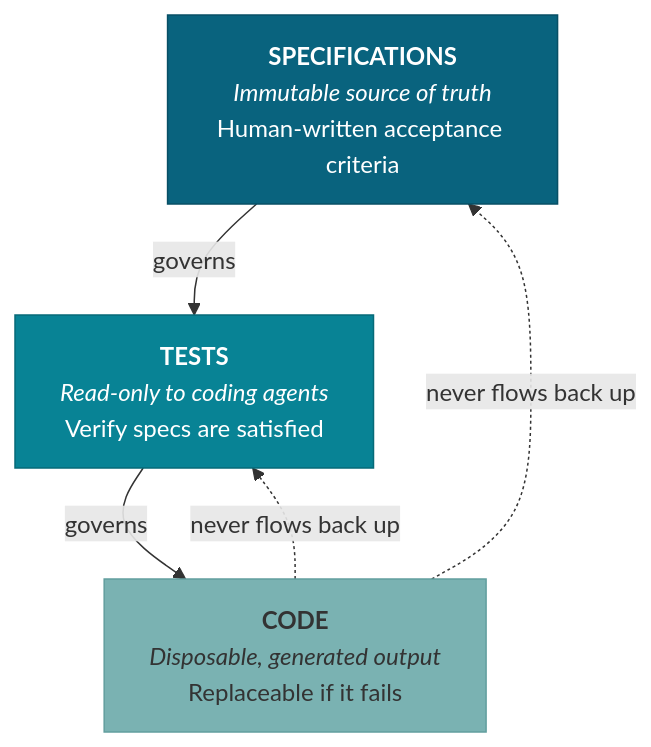
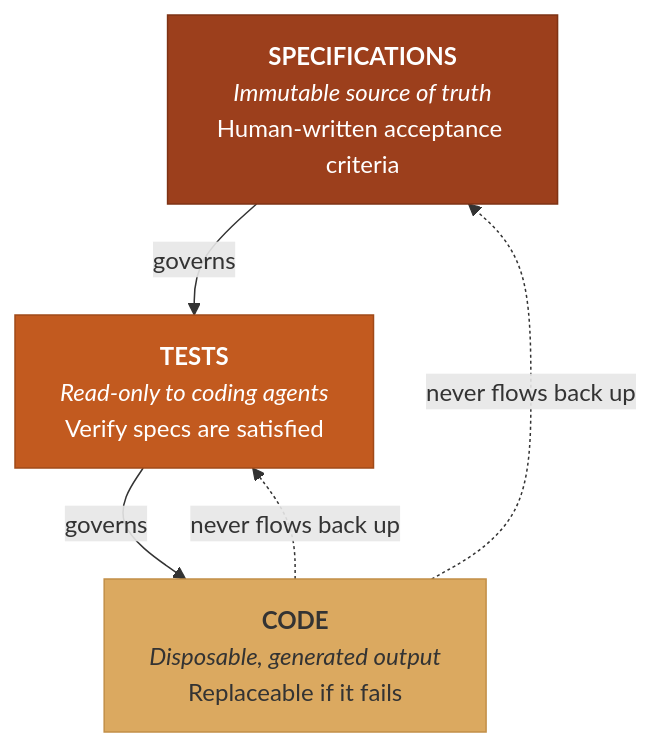
Before and after one commit to iamsteveholmes/momentum: the first of 4 diagrams in docs/philosophy.md, drawn with Mermaid. The commit also changed other lines of this file and 4 other files, not shown here.

````diff
--- a/docs/philosophy.md
+++ b/docs/philosophy.md
@@ -17,15 +17,15 @@
 ```mermaid
 graph TD
     S["<b>SPECIFICATIONS</b><br/><i>Immutable source of truth</i><br/>Human-written acceptance criteria"]
     T["<b>TESTS</b><br/><i>Read-only to coding agents</i><br/>Verify specs are satisfied"]
     C["<b>CODE</b><br/><i>Disposable, generated output</i><br/>Replaceable if it fails"]
 
     S -- "governs" --> T
     T -- "governs" --> C
     C -. "never flows back up" .-> T
     C -. "never flows back up" .-> S
 
-    style S fill:#09637E,stroke:#074f65,color:#fff
-    style T fill:#088395,stroke:#066a78,color:#fff
-    style C fill:#7AB2B2,stroke:#629e9e,color:#333
+    style S fill:#9C3F1C,stroke:#7E3214,color:#fff
+    style T fill:#C25A1F,stroke:#A04A18,color:#fff
+    style C fill:#DBA960,stroke:#C28F47,color:#333
 ```
````
